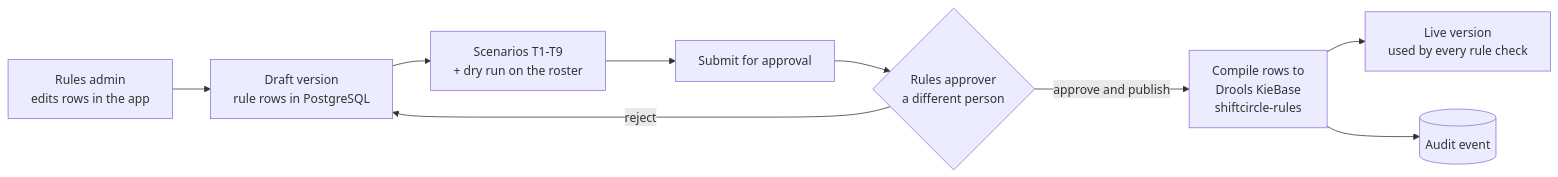
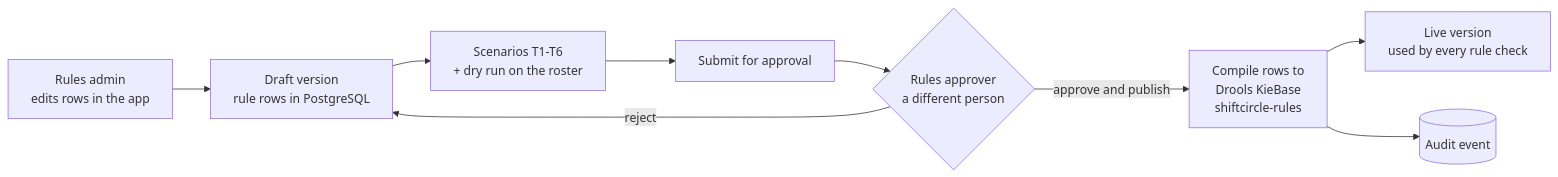
The second of 3 diagrams in docs/03-architecture.md (dmhdev01-cell/ShiftCircle), drawn with Mermaid before and after one commit. The commit also changed other lines of this file and 5 other files, not shown here.

````diff
--- a/docs/03-architecture.md
+++ b/docs/03-architecture.md
@@ -74,11 +74,11 @@
 ```mermaid
 flowchart LR
     A[Rules admin<br/>edits rows in the app] --> B[Draft version<br/>rule rows in PostgreSQL]
-    B --> C[Scenarios T1-T9<br/>+ dry run on the roster]
+    B --> C[Scenarios T1-T6<br/>+ dry run on the roster]
     C --> D[Submit for approval]
     D --> E{Rules approver<br/>a different person}
     E -->|approve and publish| F[Compile rows to<br/>Drools KieBase<br/>shiftcircle-rules]
     E -->|reject| B
     F --> G[Live version<br/>used by every rule check]
     F --> H[(Audit event)]
 ```
````
